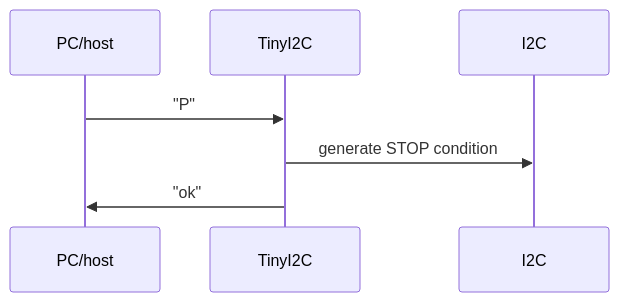
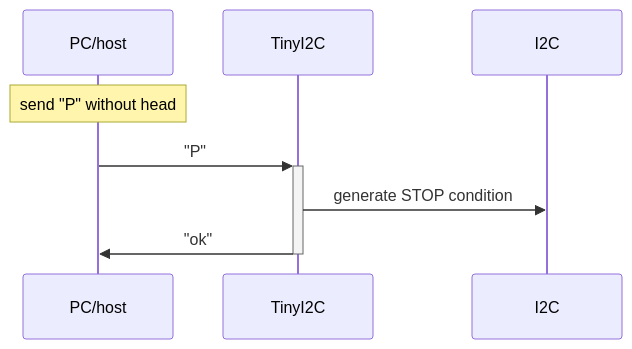
One commit to K4zuki/tinyI2C changed the diagram in doc/data/P_as_Head.mmd. Above: the diagram before and after it, drawn with Mermaid. The commit also changed 7 other files, not shown here.

```diff
--- a/doc/data/P_as_Head.mmd
+++ b/doc/data/P_as_Head.mmd
@@ -1,22 +1,23 @@
 %% Example of sequence diagram
 sequenceDiagram
-  PC/host ->> TinyI2C: "P"
-  TinyI2C ->> I2C: generate STOP condition
-  TinyI2C ->> PC/host: "ok"
+    Note over PC/host: send "P" without head
+    PC/host ->>+ TinyI2C: "P"
+    TinyI2C ->> I2C: generate STOP condition
+    TinyI2C ->>- PC/host: "ok"
 
-%        PC/host->>TinyI2C: send a bunch of packet
-%        TinyI2C ->> TinyI2C: wait until receive "P"
-%        PC/host->>TinyI2C: ...
-%        TinyI2C ->> TinyI2C: ...
-%        PC/host->>TinyI2C: "P"
-%        TinyI2C ->> TinyI2C: get head
-%        TinyI2C ->> TinyI2C: get plength
-%        alt invalid head
-%            TinyI2C->>PC/host: command not implemented
-%        else shorter plength than required
-%            TinyI2C->>PC/host: bad packet
-%        end
-%        TinyI2C ->> TinyI2C: execute command
-%        TinyI2C->>PC/host: responses
-%        TinyI2C->>PC/host: terminated by
-%        TinyI2C->>PC/host: "ok"
+%%        PC/host->>TinyI2C: send a bunch of %packet
+%%        TinyI2C ->> TinyI2C: wait until %receive "P"
+%%        PC/host->>TinyI2C: ...
+%%        TinyI2C ->> TinyI2C: ...
+%%        PC/host->>TinyI2C: "P"
+%%        TinyI2C ->> TinyI2C: get head
+%%        TinyI2C ->> TinyI2C: get plength
+%%        alt invalid head
+%%            TinyI2C->>PC/host: command not %implemented
+%%        else shorter plength than required
+%%            TinyI2C->>PC/host: bad packet
+%%        end
+%%        TinyI2C ->> TinyI2C: execute command
+%%        TinyI2C->>PC/host: responses
+%%        TinyI2C->>PC/host: terminated by
+%%        TinyI2C->>PC/host: "ok"
```
